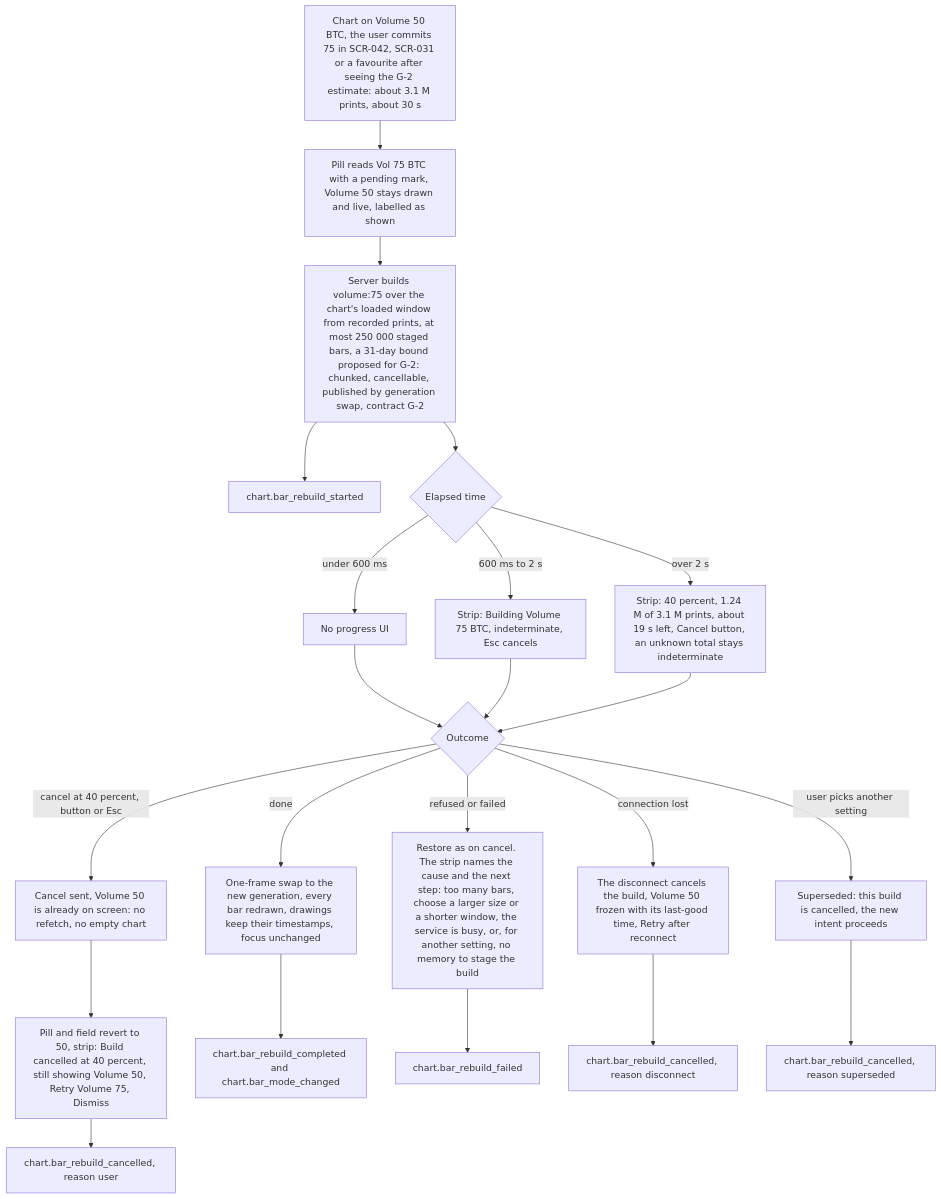
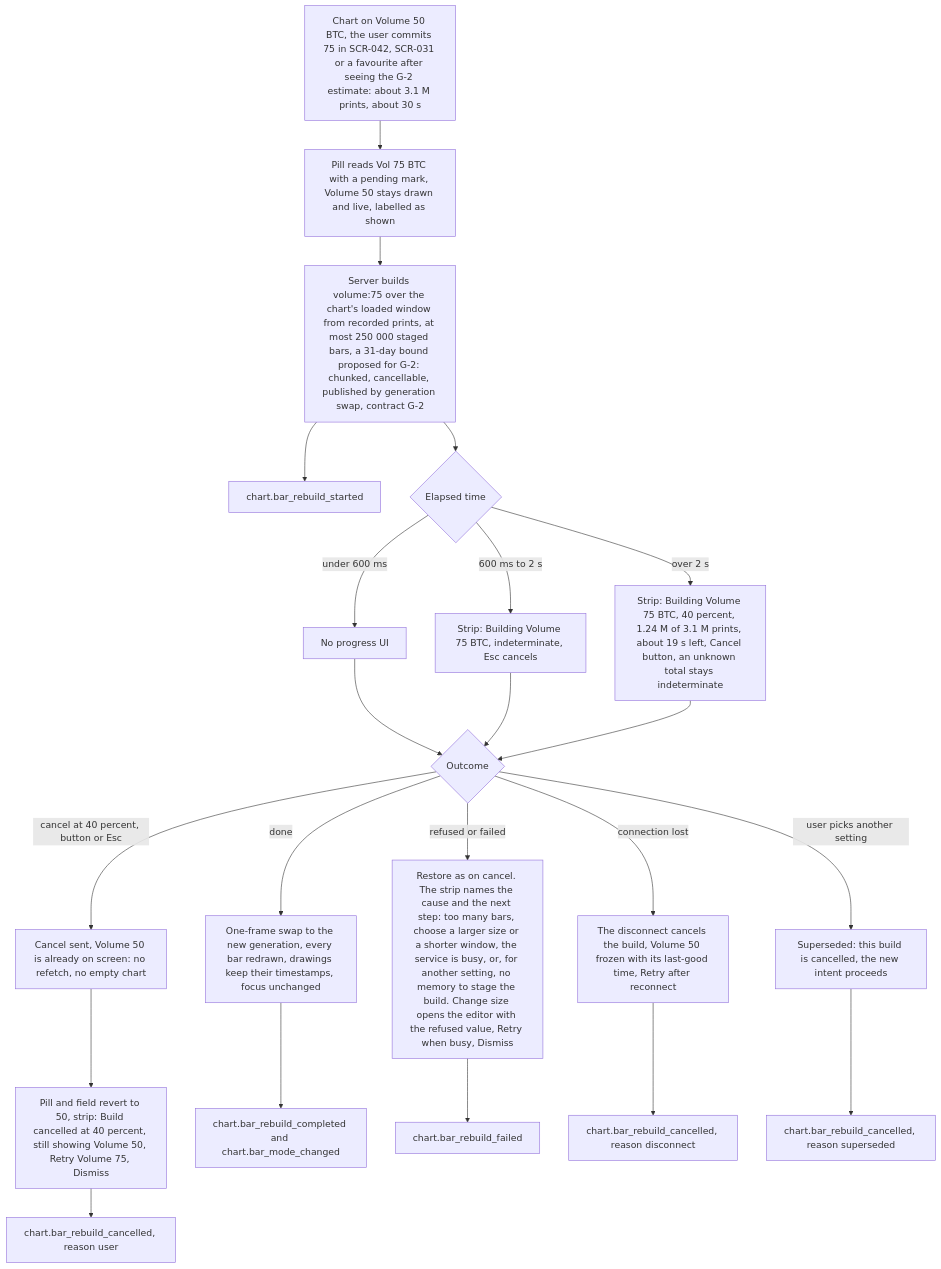
Diagram 28 of 30 in docs/plan/13-user-flows.md (CandleViewer/CandleViewer), drawn with Mermaid before and after one commit. The commit also changed other lines of this file and 1 other file, not shown here.

First line of the commit message:
docs(chart-engine): fold the boards round into the F-BAR flows and SCR-030 matrix

````diff
--- a/docs/plan/13-user-flows.md
+++ b/docs/plan/13-user-flows.md
@@ -819,24 +819,24 @@
 ```mermaid
 flowchart TD
   A3["Chart on Volume 50 BTC, the user commits 75 in SCR-042, SCR-031 or a favourite after seeing the G-2 estimate: about 3.1 M prints, about 30 s"] --> B3["Pill reads Vol 75 BTC with a pending mark, Volume 50 stays drawn and live, labelled as shown"]
   B3 --> C3["Server builds volume:75 over the chart's loaded window from recorded prints, at most 250 000 staged bars, a 31-day bound proposed for G-2: chunked, cancellable, published by generation swap, contract G-2"]
   C3 --> V3["chart.bar_rebuild_started"]
   C3 --> D3{"Elapsed time"}
   D3 -->|under 600 ms| E3["No progress UI"]
   D3 -->|600 ms to 2 s| F3["Strip: Building Volume 75 BTC, indeterminate, Esc cancels"]
-  D3 -->|over 2 s| G3["Strip: 40 percent, 1.24 M of 3.1 M prints, about 19 s left, Cancel button, an unknown total stays indeterminate"]
+  D3 -->|over 2 s| G3["Strip: Building Volume 75 BTC, 40 percent, 1.24 M of 3.1 M prints, about 19 s left, Cancel button, an unknown total stays indeterminate"]
   E3 --> H3{"Outcome"}
   F3 --> H3
   G3 --> H3
   H3 -->|done| I3["One-frame swap to the new generation, every bar redrawn, drawings keep their timestamps, focus unchanged"]
   H3 -->|cancel at 40 percent, button or Esc| J3["Cancel sent, Volume 50 is already on screen: no refetch, no empty chart"]
   J3 --> K3["Pill and field revert to 50, strip: Build cancelled at 40 percent, still showing Volume 50, Retry Volume 75, Dismiss"]
-  H3 -->|refused or failed| N3["Restore as on cancel. The strip names the cause and the next step: too many bars, choose a larger size or a shorter window, the service is busy, or, for another setting, no memory to stage the build"]
+  H3 -->|refused or failed| N3["Restore as on cancel. The strip names the cause and the next step: too many bars, choose a larger size or a shorter window, the service is busy, or, for another setting, no memory to stage the build. Change size opens the editor with the refused value, Retry when busy, Dismiss"]
   H3 -->|connection lost| O3["The disconnect cancels the build, Volume 50 frozen with its last-good time, Retry after reconnect"]
   H3 -->|user picks another setting| P3["Superseded: this build is cancelled, the new intent proceeds"]
   I3 --> Q3["chart.bar_rebuild_completed and chart.bar_mode_changed"]
   K3 --> R3["chart.bar_rebuild_cancelled, reason user"]
   N3 --> S3["chart.bar_rebuild_failed"]
   O3 --> T3["chart.bar_rebuild_cancelled, reason disconnect"]
   P3 --> U3["chart.bar_rebuild_cancelled, reason superseded"]
 ```
````
